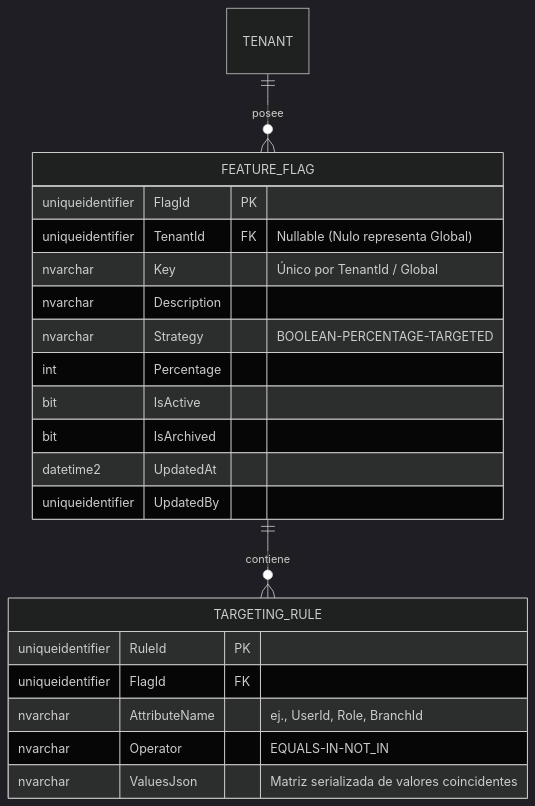
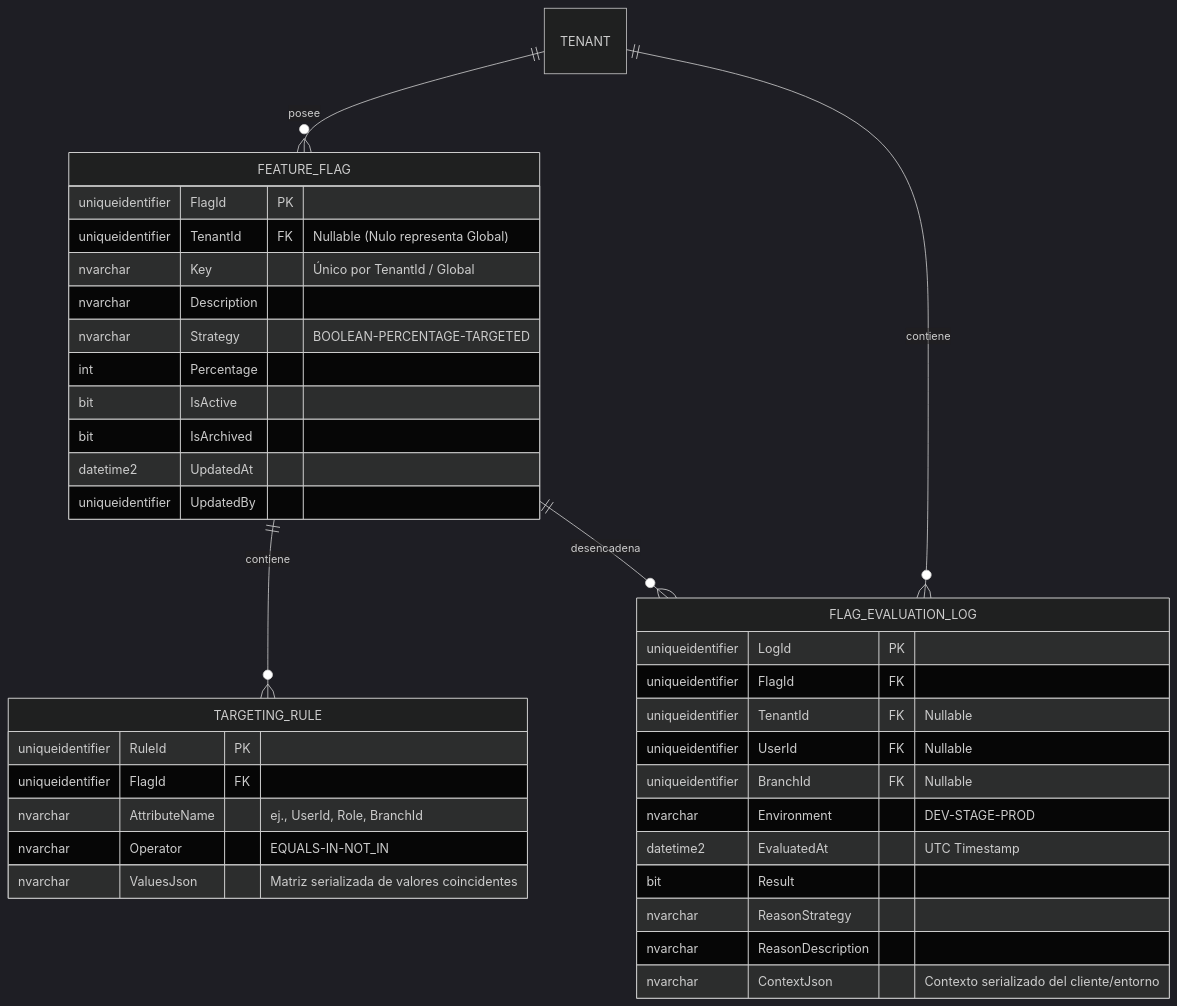
The fourth of 4 diagrams in docs/domain-es/configuration/feature-flag.md (beyondnetcode/ums), drawn with Mermaid (dark theme) before and after one commit. The commit also changed other lines of this file and 19 other files, not shown here.

````diff
--- a/docs/domain-es/configuration/feature-flag.md
+++ b/docs/domain-es/configuration/feature-flag.md
@@ -158,25 +230,40 @@
 ```mermaid
 erDiagram
     TENANT ||--o{ FEATURE_FLAG : "posee"
+    TENANT ||--o{ FLAG_EVALUATION_LOG : "contiene"
     FEATURE_FLAG ||--o{ TARGETING_RULE : "contiene"
+    FEATURE_FLAG ||--o{ FLAG_EVALUATION_LOG : "desencadena"
 
     FEATURE_FLAG {
         uniqueidentifier FlagId PK
         uniqueidentifier TenantId FK "Nullable (Nulo representa Global)"
         nvarchar Key "Único por TenantId / Global"
         nvarchar Description
         nvarchar Strategy "BOOLEAN-PERCENTAGE-TARGETED"
         int Percentage
         bit IsActive
         bit IsArchived
         datetime2 UpdatedAt
         uniqueidentifier UpdatedBy
     }
     TARGETING_RULE {
         uniqueidentifier RuleId PK
         uniqueidentifier FlagId FK
         nvarchar AttributeName "ej., UserId, Role, BranchId"
         nvarchar Operator "EQUALS-IN-NOT_IN"
         nvarchar ValuesJson "Matriz serializada de valores coincidentes"
     }
+    FLAG_EVALUATION_LOG {
+        uniqueidentifier LogId PK
+        uniqueidentifier FlagId FK
+        uniqueidentifier TenantId FK "Nullable"
+        uniqueidentifier UserId FK "Nullable"
+        uniqueidentifier BranchId FK "Nullable"
+        nvarchar Environment "DEV-STAGE-PROD"
+        datetime2 EvaluatedAt "UTC Timestamp"
+        bit Result
+        nvarchar ReasonStrategy
+        nvarchar ReasonDescription
+        nvarchar ContextJson "Contexto serializado del cliente/entorno"
+    }
 ```
````
